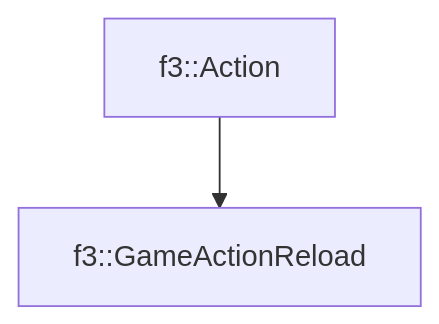
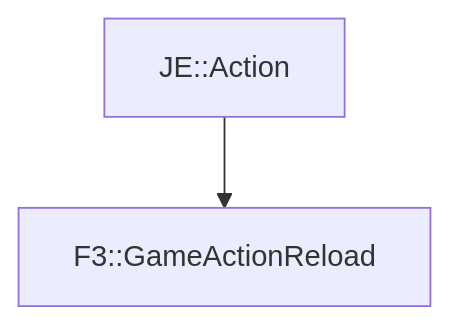
One commit to OpenJE/openvb changed the diagram in docs/f3/GameActionReload.md. Above: the diagram before and after it, drawn with Mermaid. The commit also changed other lines of this file and 1399 other files, not shown here.

````diff
--- a/docs/f3/GameActionReload.md
+++ b/docs/f3/GameActionReload.md
@@ -16,4 +16,4 @@
 ```mermaid
 graph TD;
-    f3::Action --> f3::GameActionReload
+    JE::Action --> F3::GameActionReload
 ```
````
